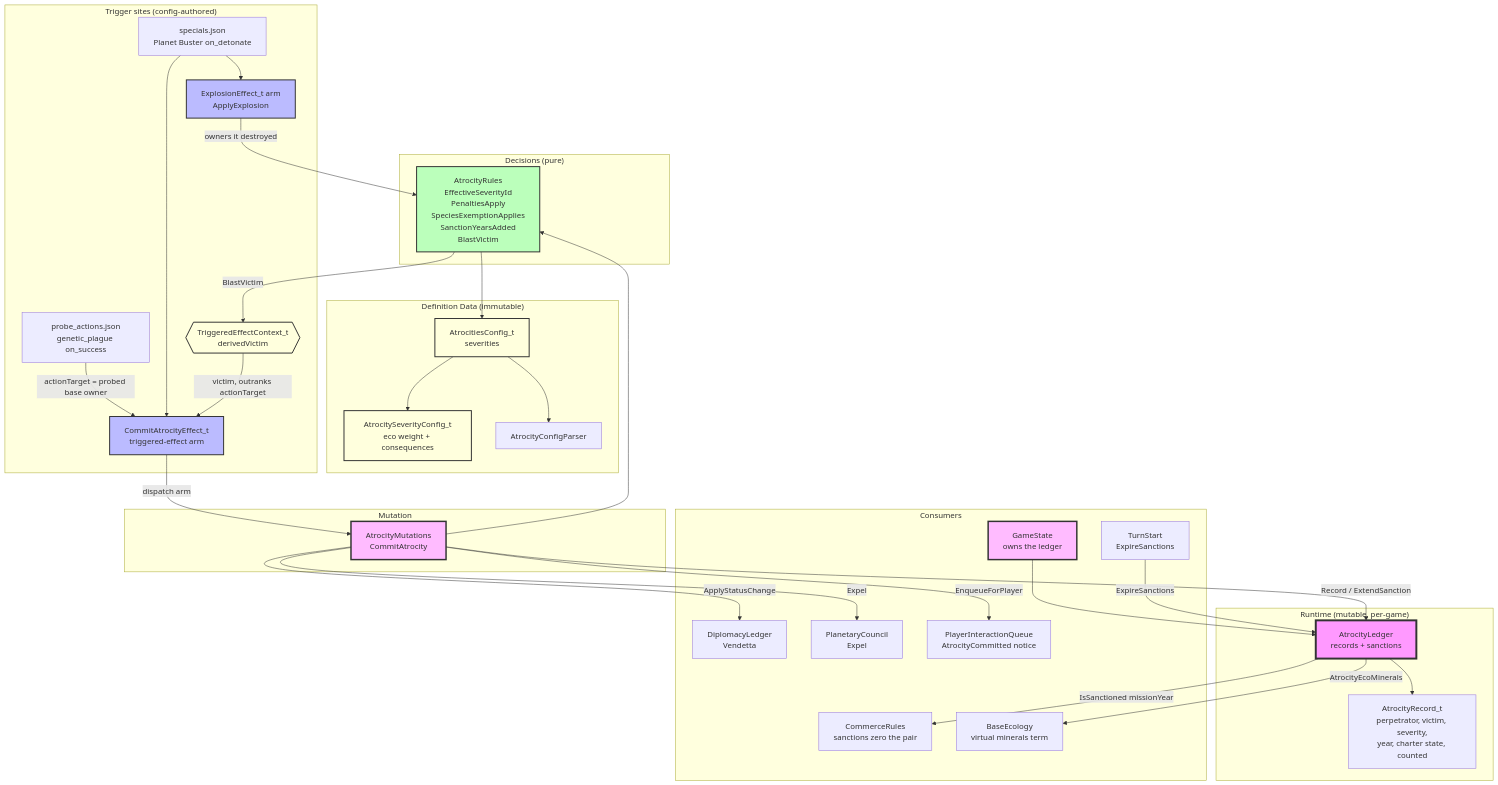
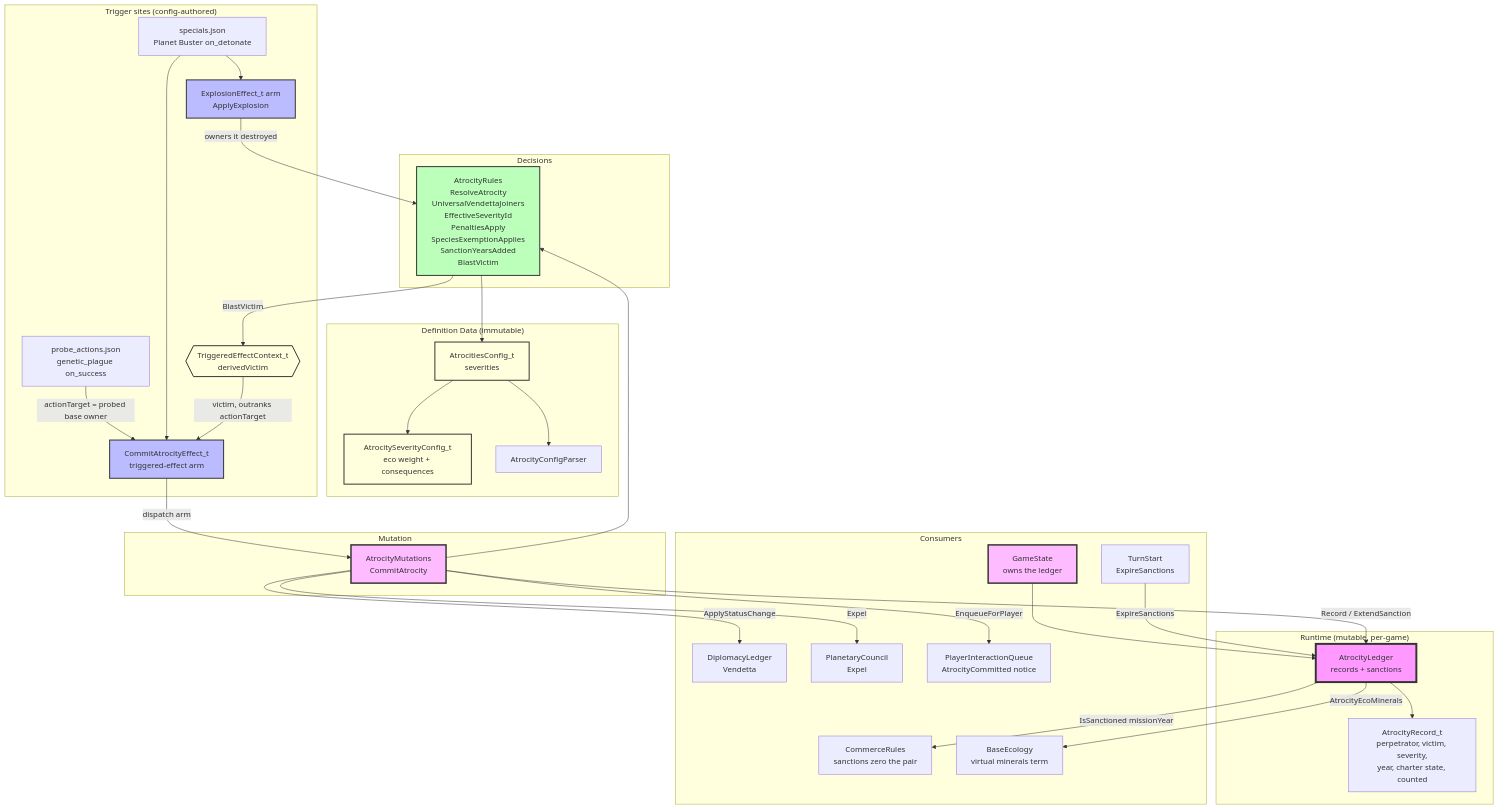
One commit to kilianloftis/alpha-centauri changed the diagram in docs/architecture/atrocity-system.md. Above: the diagram before and after it, drawn with Mermaid. The commit also changed other lines of this file and 5 other files, not shown here.

First line of the commit message:
Atrocity outcomes are decided by ResolveAtrocity

````diff
--- a/docs/architecture/atrocity-system.md
+++ b/docs/architecture/atrocity-system.md
@@ -3,74 +3,74 @@
 ```mermaid
 graph TB
     subgraph "Runtime (mutable, per-game)"
         AtrocityLedger[AtrocityLedger<br/>records + sanctions]
         AtrocityRecord[AtrocityRecord_t<br/>perpetrator, victim, severity,<br/>year, charter state, counted]
     end
 
-    subgraph "Decisions (pure)"
-        AtrocityRules[AtrocityRules<br/>EffectiveSeverityId<br/>PenaltiesApply<br/>SpeciesExemptionApplies<br/>SanctionYearsAdded<br/>BlastVictim]
+    subgraph "Decisions"
+        AtrocityRules[AtrocityRules<br/>ResolveAtrocity<br/>UniversalVendettaJoiners<br/>EffectiveSeverityId<br/>PenaltiesApply<br/>SpeciesExemptionApplies<br/>SanctionYearsAdded<br/>BlastVictim]
     end
 
     subgraph "Mutation"
         AtrocityMutations[AtrocityMutations<br/>CommitAtrocity]
     end
 
     subgraph "Definition Data (immutable)"
         AtrocitiesConfig[AtrocitiesConfig_t<br/>severities]
         SeverityConfig[AtrocitySeverityConfig_t<br/>eco weight + consequences]
         AtrocityParser[AtrocityConfigParser]
     end
 
     subgraph "Trigger sites (config-authored)"
         CommitArm[CommitAtrocityEffect_t<br/>triggered-effect arm]
         ProbeActions[probe_actions.json<br/>genetic_plague on_success]
         Warheads[specials.json<br/>Planet Buster on_detonate]
         ExplosionArm[ExplosionEffect_t arm<br/>ApplyExplosion]
         DerivedVictim{{"TriggeredEffectContext_t<br/>derivedVictim"}}
     end
 
     subgraph "Consumers"
         GameState[GameState<br/>owns the ledger]
         DiplomacyLedger[DiplomacyLedger<br/>Vendetta]
         PlanetaryCouncil[PlanetaryCouncil<br/>Expel]
         CommerceRules[CommerceRules<br/>sanctions zero the pair]
         EcoDamage[BaseEcology<br/>virtual minerals term]
         TurnStart[TurnStart<br/>ExpireSanctions]
         Notices[PlayerInteractionQueue<br/>AtrocityCommitted notice]
     end
 
     GameState --> AtrocityLedger
     AtrocityLedger --> AtrocityRecord
 
     ProbeActions -->|actionTarget = probed base owner| CommitArm
     Warheads --> ExplosionArm
     Warheads --> CommitArm
     ExplosionArm -->|owners it destroyed| AtrocityRules
     AtrocityRules -->|BlastVictim| DerivedVictim
     DerivedVictim -->|victim, outranks actionTarget| CommitArm
     CommitArm -->|dispatch arm| AtrocityMutations
 
     AtrocityMutations --> AtrocityRules
     AtrocityMutations -->|Record / ExtendSanction| AtrocityLedger
     AtrocityMutations -->|ApplyStatusChange| DiplomacyLedger
     AtrocityMutations -->|Expel| PlanetaryCouncil
     AtrocityMutations -->|EnqueueForPlayer| Notices
 
     AtrocityRules --> AtrocitiesConfig
     AtrocitiesConfig --> SeverityConfig
     AtrocitiesConfig --> AtrocityParser
 
     AtrocityLedger -->|IsSanctioned missionYear| CommerceRules
     AtrocityLedger -->|AtrocityEcoMinerals| EcoDamage
     TurnStart -->|ExpireSanctions| AtrocityLedger
 
     style AtrocityLedger fill:#f9f,stroke:#333,stroke-width:4px
     style AtrocityMutations fill:#fbf,stroke:#333,stroke-width:3px
     style AtrocityRules fill:#bfb,stroke:#333,stroke-width:2px
     style AtrocitiesConfig fill:#ffd,stroke:#333,stroke-width:2px
     style SeverityConfig fill:#ffd,stroke:#333,stroke-width:2px
     style CommitArm fill:#bbf,stroke:#333,stroke-width:2px
     style ExplosionArm fill:#bbf,stroke:#333,stroke-width:2px
     style DerivedVictim fill:#ffd,stroke:#333,stroke-width:2px
     style GameState fill:#fbf,stroke:#333,stroke-width:3px
 ```
````
